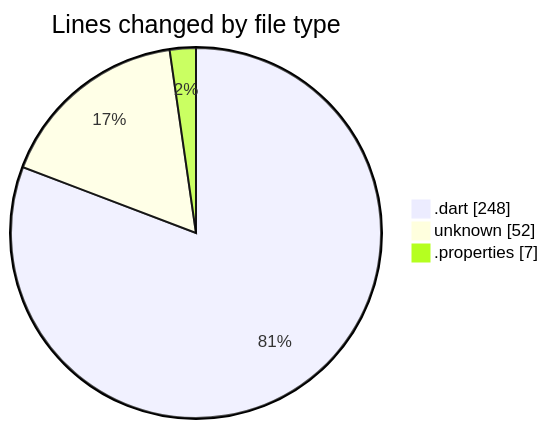
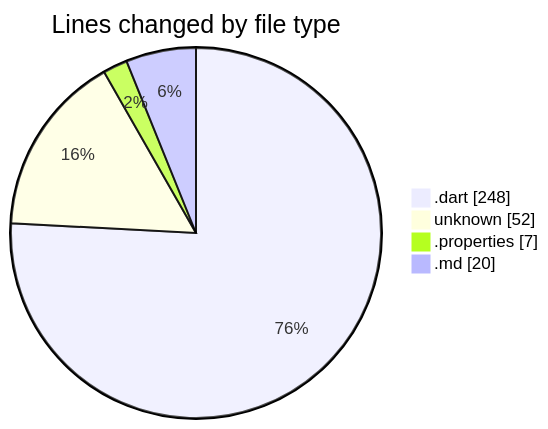
The first of 2 diagrams in 2025-01-02/uber_clone/README.md (donsfak/code-tracking), drawn with Mermaid before and after one commit. The commit also changed other lines of this file and 1 other file, not shown here.

````diff
--- a/2025-01-02/uber_clone/README.md
+++ b/2025-01-02/uber_clone/README.md
@@ -25,7 +26,8 @@
 ```mermaid
 pie showData
 title Lines changed by file type
 ".dart" : 248
 "unknown" : 52
 ".properties" : 7
+".md" : 20
 ```
````
